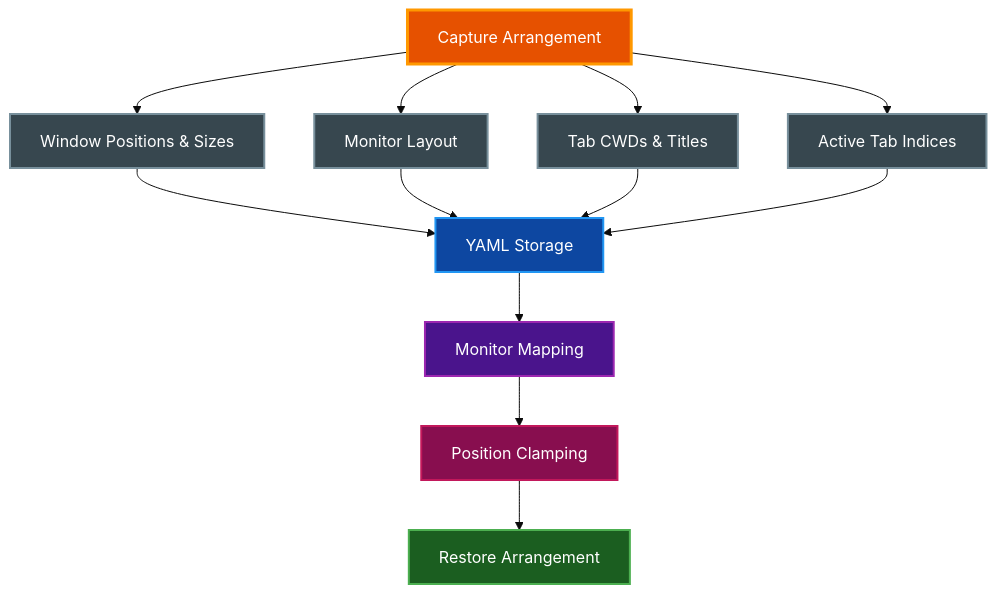
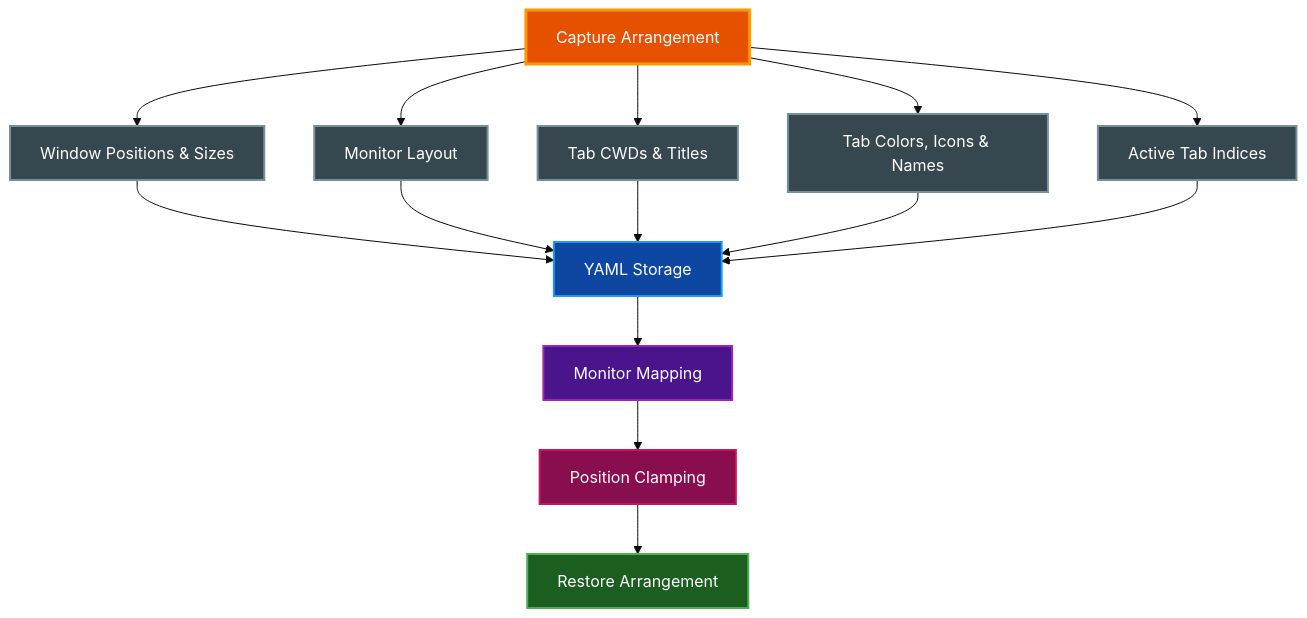
The first of 3 diagrams in docs/ARRANGEMENTS.md (paulrobello/par-term), drawn with Mermaid (base theme) before and after one commit. The commit also changed other lines of this file and 22 other files, not shown here.

````diff
--- a/docs/ARRANGEMENTS.md
+++ b/docs/ARRANGEMENTS.md
@@ -40,30 +41,33 @@
 ```mermaid
 graph TD
     Capture[Capture Arrangement]
     Storage[YAML Storage]
     Restore[Restore Arrangement]
 
     Capture --> Windows[Window Positions & Sizes]
     Capture --> Monitors[Monitor Layout]
     Capture --> Tabs[Tab CWDs & Titles]
+    Capture --> Props[Tab Colors, Icons & Names]
     Capture --> Active[Active Tab Indices]
 
     Windows --> Storage
     Monitors --> Storage
     Tabs --> Storage
+    Props --> Storage
     Active --> Storage
 
     Storage --> Mapping[Monitor Mapping]
     Mapping --> Clamping[Position Clamping]
     Clamping --> Restore
 
     style Capture fill:#e65100,stroke:#ff9800,stroke-width:3px,color:#ffffff
     style Storage fill:#0d47a1,stroke:#2196f3,stroke-width:2px,color:#ffffff
     style Restore fill:#1b5e20,stroke:#4caf50,stroke-width:2px,color:#ffffff
     style Windows fill:#37474f,stroke:#78909c,stroke-width:2px,color:#ffffff
     style Monitors fill:#37474f,stroke:#78909c,stroke-width:2px,color:#ffffff
     style Tabs fill:#37474f,stroke:#78909c,stroke-width:2px,color:#ffffff
+    style Props fill:#37474f,stroke:#78909c,stroke-width:2px,color:#ffffff
     style Active fill:#37474f,stroke:#78909c,stroke-width:2px,color:#ffffff
     style Mapping fill:#4a148c,stroke:#9c27b0,stroke-width:2px,color:#ffffff
     style Clamping fill:#880e4f,stroke:#c2185b,stroke-width:2px,color:#ffffff
 ```
````
